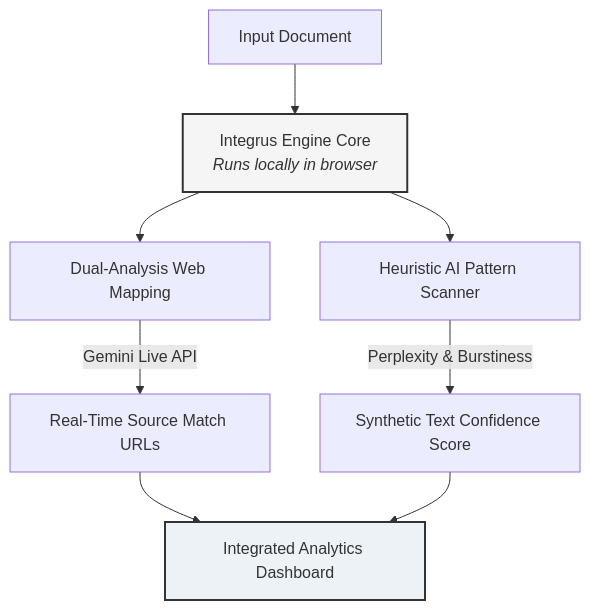
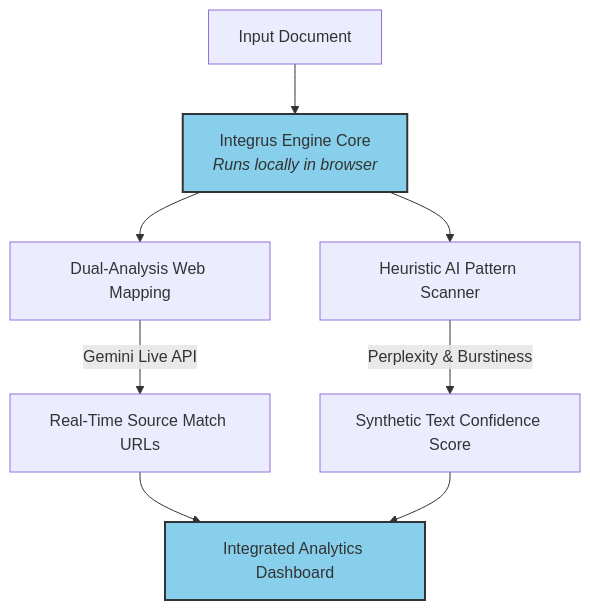
One commit to Vipeen21/Integrus-Plagiarism-Checker changed the diagram in README.md. Above: the diagram before and after it, drawn with Mermaid.

Commit message:
Change fill color for nodes B and G
Updated styles for nodes B and G in the diagram.

````diff
--- a/README.md
+++ b/README.md
@@ -38,13 +38,13 @@
 ```mermaid
 graph TD
     A[Input Document] --> B[Integrus Engine Core <br/><i>Runs locally in browser</i>]
     B --> C[Dual-Analysis Web Mapping]
     B --> D[Heuristic AI Pattern Scanner]
     C -->|Gemini Live API| E[Real-Time Source Match URLs]
     D -->|Perplexity & Burstiness| F[Synthetic Text Confidence Score]
     E --> G[Integrated Analytics Dashboard]
     F --> G
     
-    style B fill:#f5f5f5,stroke:#333,stroke-width:2px
-    style G fill:#edf2f7,stroke:#333,stroke-width:2px
+    style B fill:#87cfeb,stroke:#333,stroke-width:2px
+    style G fill:#87cfeb,stroke:#333,stroke-width:2px
 ```
````
